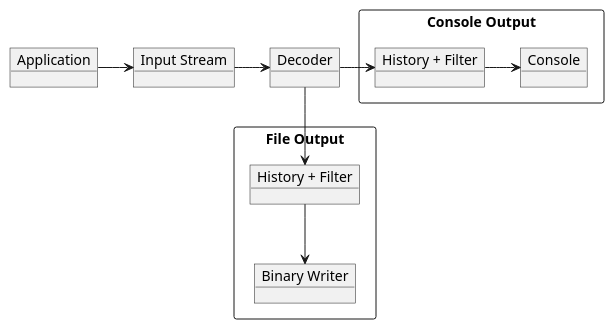
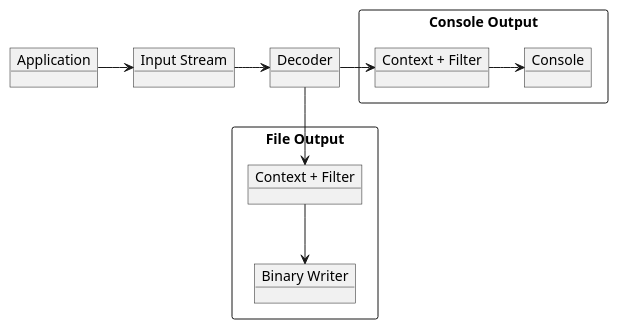
One commit to jcurl/RJCP.DLL.Log changed the diagram in apps/DltDump/docs/diagrams/searchflow.plantuml. Above: the diagram before and after it, drawn with PlantUML. The commit also changed 14 other files, not shown here.

```diff
--- a/apps/DltDump/docs/diagrams/searchflow.plantuml
+++ b/apps/DltDump/docs/diagrams/searchflow.plantuml
@@ -1,25 +1,25 @@
 @startuml AppSearch
 
 object Application
 object "Input Stream" as Input
 object Decoder
 
 rectangle "Console Output" {
-    object "History + Filter" as PostFilter
+    object "Context + Filter" as PostFilter
     object Console
 }
 
 rectangle "File Output" {
-    object "History + Filter" as DecoderFilter
+    object "Context + Filter" as DecoderFilter
     object "Binary Writer" as Writer
 }
 
 Application -r-> Input
 Input -r-> Decoder
 Decoder -r-> PostFilter
 PostFilter -r-> Console
 
 Decoder -d-> DecoderFilter
 DecoderFilter -d-> Writer
 
 @enduml
```
